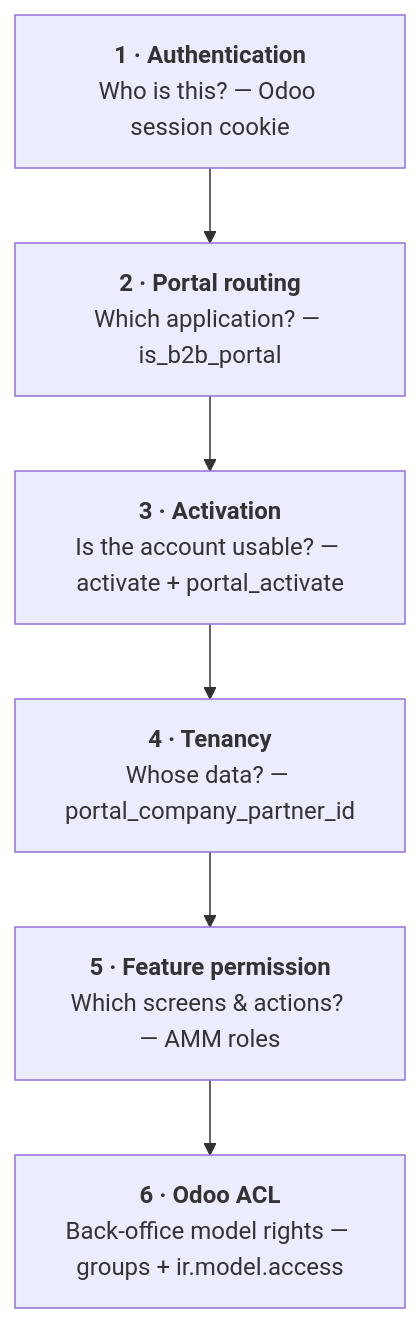
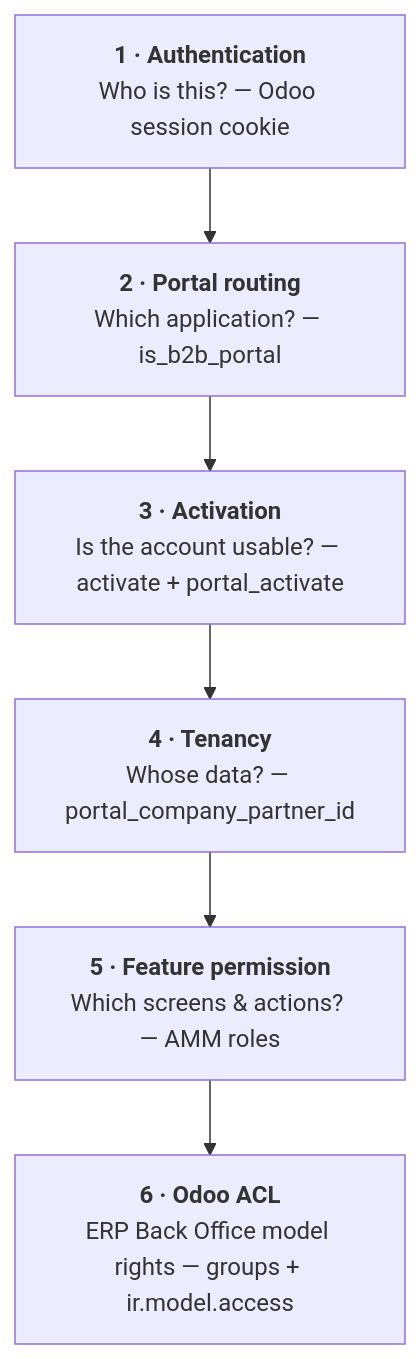
Before and after one commit to LaplaceSoftware/lp_projects_docs: the first of 8 diagrams in docs/b2b_ecommerce_docs/_technical_docs/007-Authentication-and-Authorization.md, drawn with Mermaid. The commit also changed other lines of this file and 48 other files, not shown here.

````diff
--- a/docs/b2b_ecommerce_docs/_technical_docs/007-Authentication-and-Authorization.md
+++ b/docs/b2b_ecommerce_docs/_technical_docs/007-Authentication-and-Authorization.md
@@ -5,9 +5,9 @@
 ```mermaid
 flowchart TB
     A["<b>1 · Authentication</b><br/>Who is this? — Odoo session cookie"] --> B
     B["<b>2 · Portal routing</b><br/>Which application? — is_b2b_portal"] --> C
     C["<b>3 · Activation</b><br/>Is the account usable? — activate + portal_activate"] --> D
     D["<b>4 · Tenancy</b><br/>Whose data? — portal_company_partner_id"] --> E
     E["<b>5 · Feature permission</b><br/>Which screens & actions? — AMM roles"] --> F
-    F["<b>6 · Odoo ACL</b><br/>Back-office model rights — groups + ir.model.access"]
+    F["<b>6 · Odoo ACL</b><br/>ERP Back Office model rights — groups + ir.model.access"]
 ```
````
